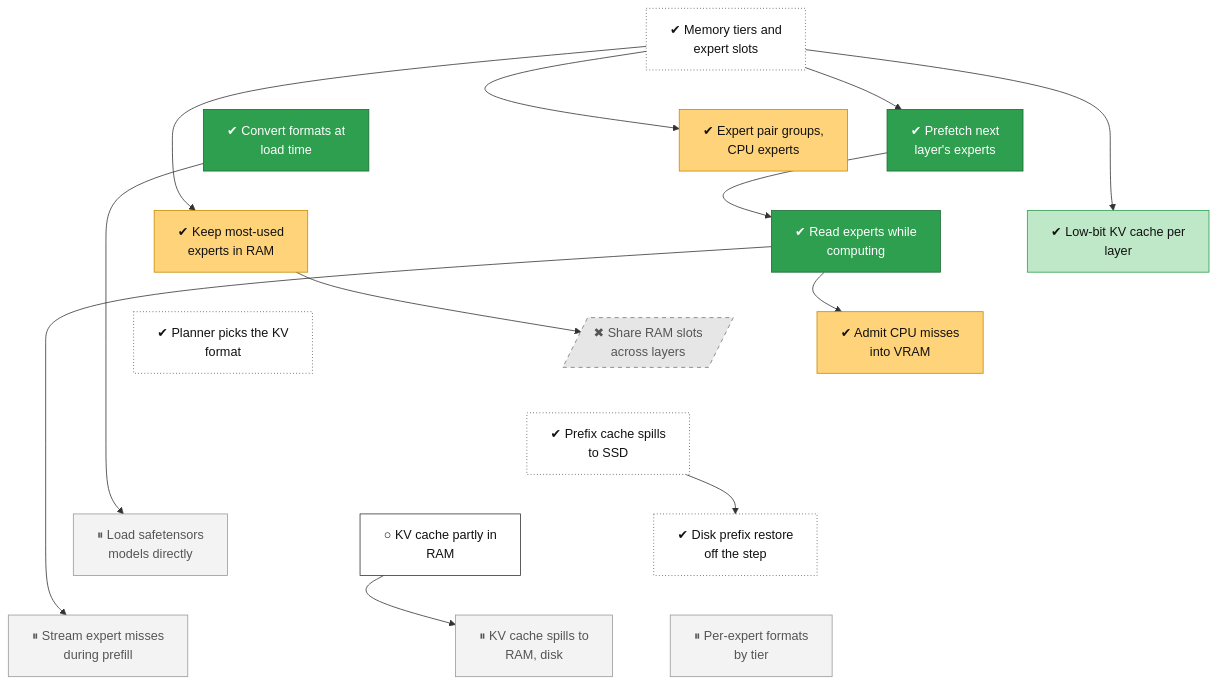
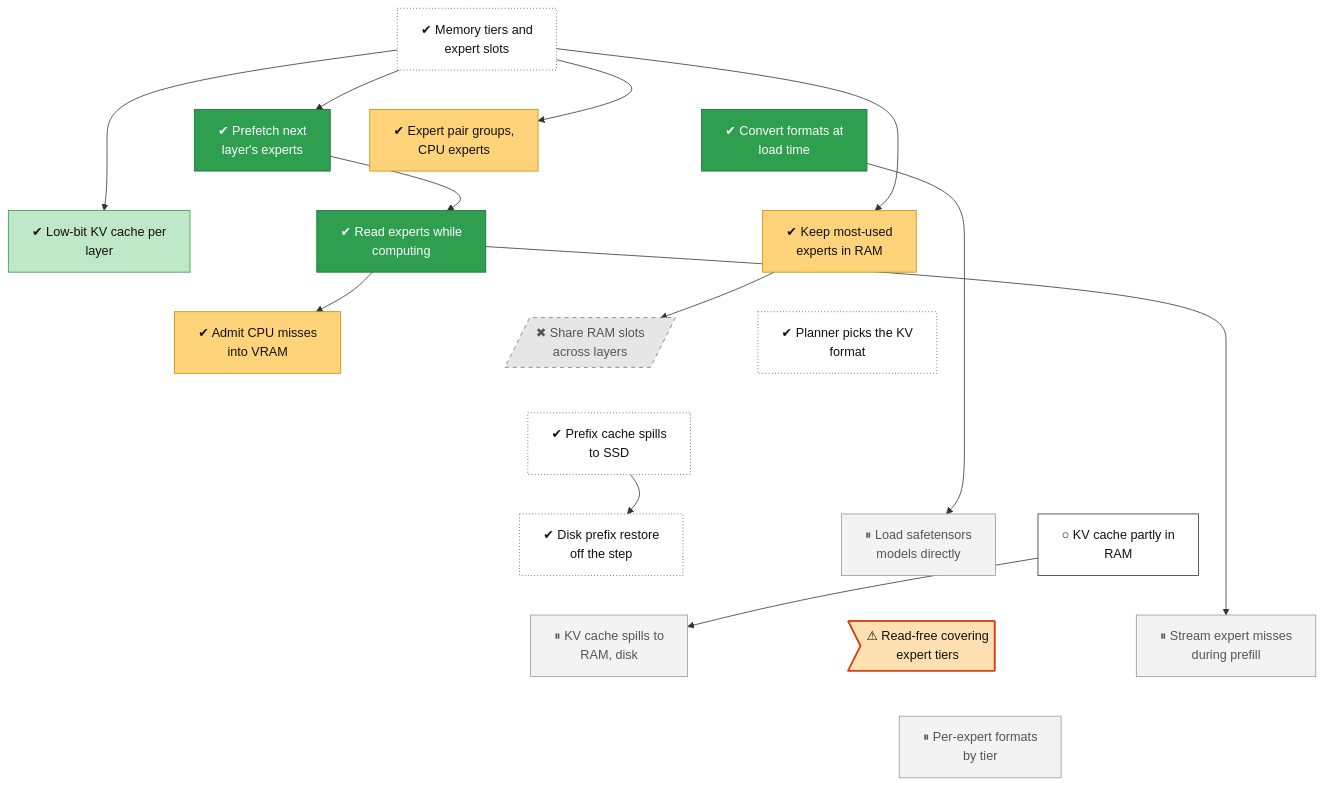
One commit to lhns/tetraeder changed the diagram in docs/roadmap/tracks/memory.md. Above: the diagram before and after it, drawn with Mermaid. The commit also changed other lines of this file and 9 other files, not shown here.

Commit message:
Owner 2026-11-24: the exit prompt's routing trace may price the judged prediction (ADR 0091 answer 6); tree nodes from the prediction diagnosis (node-predict check, RAM tier complement, exit segment harness, cost model 6, one-segment confirmation gating the rehearsal) (not measured)

````diff
--- a/docs/roadmap/tracks/memory.md
+++ b/docs/roadmap/tracks/memory.md
@@ -10,70 +10,75 @@
 ```mermaid
 flowchart TB
     memory_tiers["✔ Memory tiers and<br/>expert slots"]
     memory_pair_groups["✔ Expert pair groups,<br/>CPU experts"]
     memory_prefetch["✔ Prefetch next<br/>layer's experts"]
     memory_conversion["✔ Convert formats at<br/>load time"]
     memory_io_service["✔ Read experts while<br/>computing"]
     memory_low_bit_kv["✔ Low-bit KV cache per<br/>layer"]
     memory_ram_freq["✔ Keep most-used<br/>experts in RAM"]
     memory_adaptive_tier["✔ Admit CPU misses<br/>into VRAM"]
     memory_ram_pool[/"✖ Share RAM slots<br/>across layers"/]
     memory_kv_auto["✔ Planner picks the KV<br/>format"]
     memory_prefix_ssd["✔ Prefix cache spills<br/>to SSD"]
     memory_prefix_disk_async["✔ Disk prefix restore<br/>off the step"]
     memory_safetensors["⏸ Load safetensors<br/>models directly"]
     memory_kv_host["○ KV cache partly in<br/>RAM"]
     memory_kv_tiers["⏸ KV cache spills to<br/>RAM, disk"]
+    memory_ram_tier_complement>"⚠ Read-free covering<br/>expert tiers"]
     memory_prefill_misses["⏸ Stream expert misses<br/>during prefill"]
     memory_typed_slots["⏸ Per-expert formats<br/>by tier"]
     memory_tiers ~~~ memory_pair_groups
     memory_tiers ~~~ memory_prefetch
     memory_tiers ~~~ memory_conversion
     memory_pair_groups ~~~ memory_io_service
     memory_prefetch ~~~ memory_low_bit_kv
     memory_conversion ~~~ memory_ram_freq
     memory_io_service ~~~ memory_adaptive_tier
     memory_low_bit_kv ~~~ memory_ram_pool
     memory_ram_freq ~~~ memory_kv_auto
     memory_adaptive_tier ~~~ memory_prefix_ssd
     memory_ram_pool ~~~ memory_prefix_ssd
     memory_kv_auto ~~~ memory_prefix_ssd
     memory_prefix_ssd ~~~ memory_prefix_disk_async
     memory_prefix_ssd ~~~ memory_safetensors
     memory_prefix_ssd ~~~ memory_kv_host
     memory_prefix_disk_async ~~~ memory_kv_tiers
-    memory_safetensors ~~~ memory_prefill_misses
-    memory_kv_host ~~~ memory_typed_slots
+    memory_safetensors ~~~ memory_ram_tier_complement
+    memory_kv_host ~~~ memory_prefill_misses
+    memory_kv_tiers ~~~ memory_typed_slots
+    memory_ram_tier_complement ~~~ memory_typed_slots
+    memory_prefill_misses ~~~ memory_typed_slots
     memory_tiers --> memory_pair_groups
     memory_tiers --> memory_prefetch
     memory_prefetch --> memory_io_service
     memory_tiers --> memory_low_bit_kv
     memory_tiers --> memory_ram_freq
     memory_io_service --> memory_adaptive_tier
     memory_ram_freq --> memory_ram_pool
     memory_prefix_ssd --> memory_prefix_disk_async
     memory_conversion --> memory_safetensors
     memory_kv_host --> memory_kv_tiers
     memory_io_service --> memory_prefill_misses
     classDef vsucc fill:#2e9e4f,stroke:#1b6b34,color:#fff
     classDef succ fill:#bfe8c8,stroke:#2e9e4f,color:#111
     classDef mixed fill:#ffd37a,stroke:#c98a00,color:#111
     classDef bad fill:#f28b82,stroke:#b3261e,color:#111
     classDef dead fill:#e6e6e6,stroke:#777,stroke-dasharray:5 5,color:#555
     classDef inprog fill:#a8cdf5,stroke:#1f6fc5,color:#111
     classDef next fill:#fff,stroke:#333,color:#111
     classDef blocked fill:#fff,stroke:#b3261e,stroke-dasharray:2 2,color:#111
     classDef parked fill:#f3f3f3,stroke:#999,color:#555
     classDef unrated fill:#fff,stroke:#333,stroke-dasharray:1 3,color:#111
     classDef gate fill:#d9c2f0,stroke:#7b3fb5,color:#111
     classDef decided fill:#ece0f7,stroke:#7b3fb5,stroke-dasharray:2 2,color:#111
     classDef finding fill:#ffe0b2,stroke:#d84315,stroke-width:2px,color:#111
     classDef waiting fill:#e3f2fd,stroke:#1f6fc5,stroke-dasharray:5 5,color:#111
     class memory_tiers,memory_kv_auto,memory_prefix_ssd,memory_prefix_disk_async unrated
     class memory_pair_groups,memory_ram_freq,memory_adaptive_tier mixed
     class memory_prefetch,memory_conversion,memory_io_service vsucc
     class memory_low_bit_kv succ
     class memory_ram_pool dead
     class memory_safetensors,memory_kv_tiers,memory_prefill_misses,memory_typed_slots parked
     class memory_kv_host next
+    class memory_ram_tier_complement finding
 ```
````
